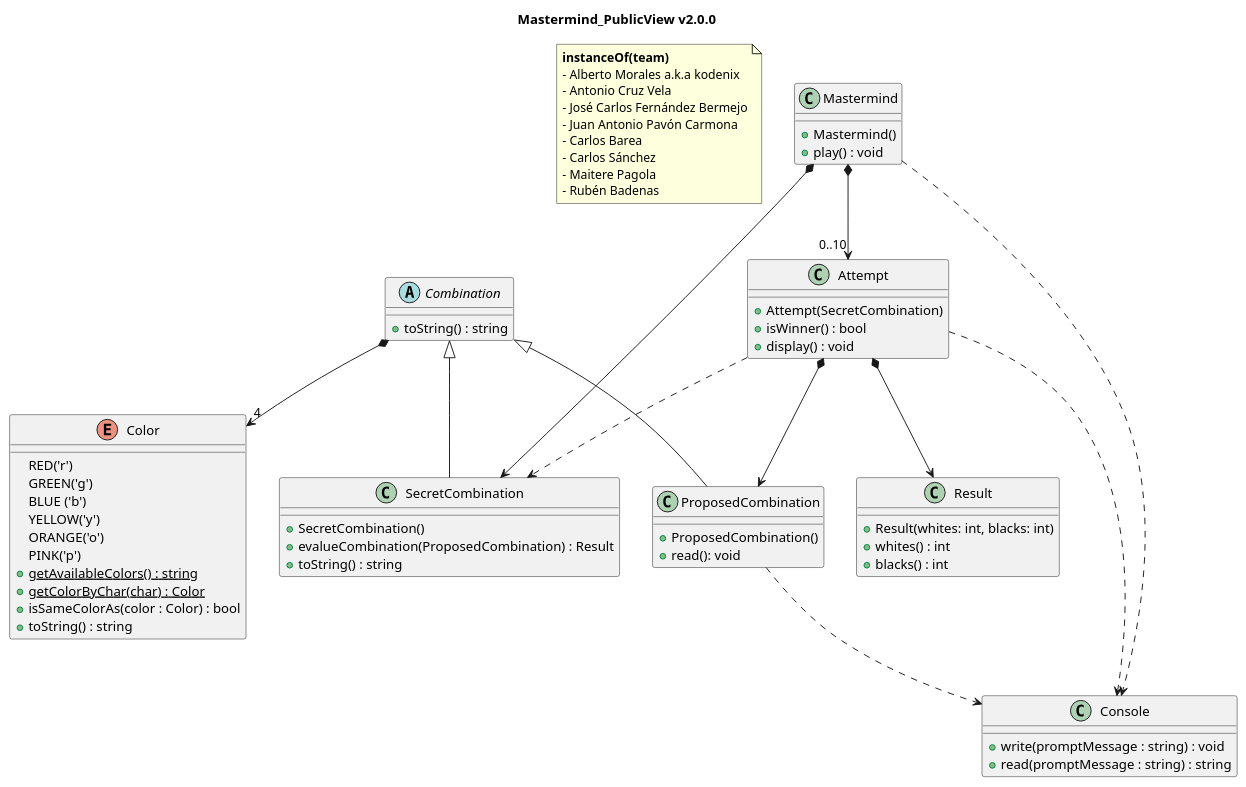
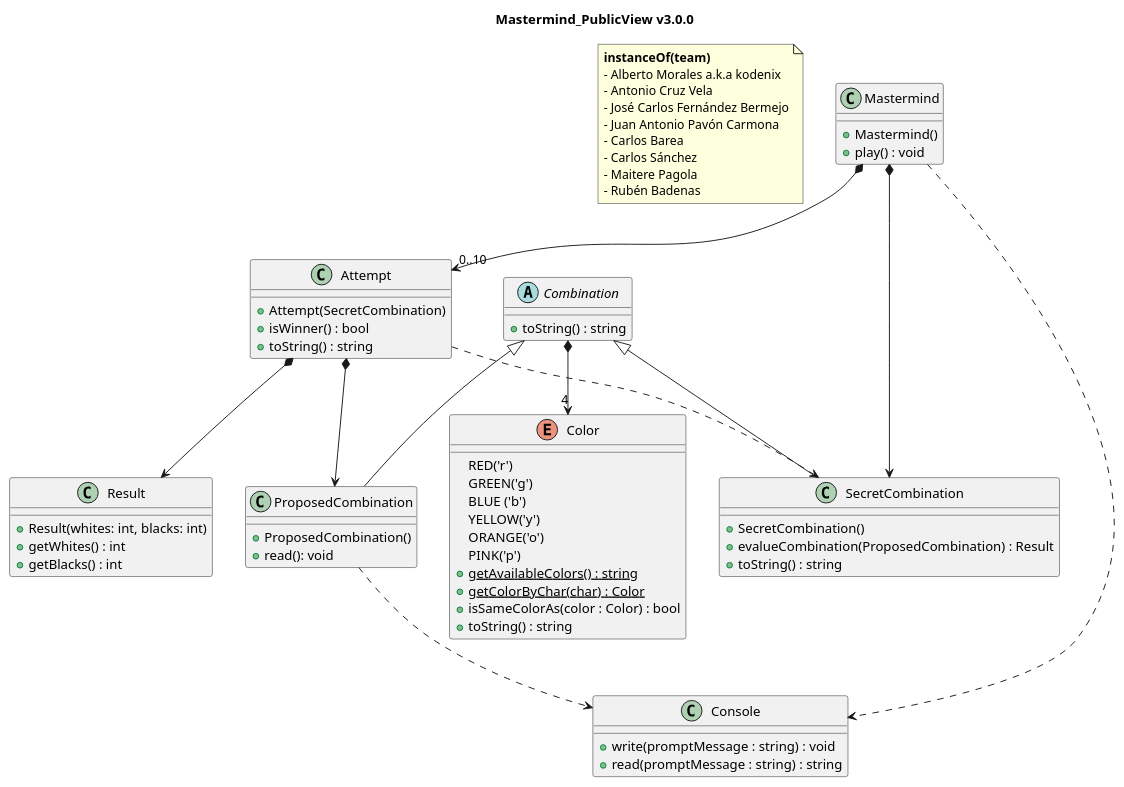
Before and after one commit to InstanceOfTeam/doo-task01-mastermind: the diagram in mastermind.puml, drawn with PlantUML. The commit also changed 1 other file, not shown here.

Commit message:
Remove dependencie between Attempt and Console.
remove display method from Attempt and added toString method

```diff
--- a/mastermind.puml
+++ b/mastermind.puml
@@ -1,86 +1,85 @@
-@startuml Mastermind_PublicView_v2_0_0
+@startuml Mastermind_PublicView_v3_0_0
 
-title Mastermind_PublicView v2.0.0
+title Mastermind_PublicView v3.0.0
 
 note as N1
   <b>instanceOf(team)</b>
   - Alberto Morales a.k.a kodenix
   - Antonio Cruz Vela
   - José Carlos Fernández Bermejo
   - Juan Antonio Pavón Carmona
   - Carlos Barea
   - Carlos Sánchez
   - Maitere Pagola
   - Rubén Badenas
 end note
 
 
 class Mastermind {
     +Mastermind()
     +play() : void
 }
 
 class Attempt{
     +Attempt(SecretCombination)
     +isWinner() : bool
-    +display() : void
+    +toString() : string
 }
 
 
 class Result{
     +Result(whites: int, blacks: int)
-    +whites() : int
-    +blacks() : int
+    +getWhites() : int
+    +getBlacks() : int
 }
 
 enum Color{
     RED('r')
     GREEN('g')
     BLUE ('b')
     YELLOW('y')
     ORANGE('o')
     PINK('p')
     +{static} getAvailableColors() : string
     +{static} getColorByChar(char) : Color
     +isSameColorAs(color : Color) : bool
     +toString() : string
 }
 
 abstract class Combination{
     +toString() : string
 }
 
 class SecretCombination{
     +SecretCombination()
     +evalueCombination(ProposedCombination) : Result
     +toString() : string
 }
 
 class ProposedCombination{
     +ProposedCombination()
     +read(): void
 }
 
 class Console{
     +write(promptMessage : string) : void
     +read(promptMessage : string) : string
 }
 
 
 
 Mastermind *--> SecretCombination
 Mastermind *--> "0..10" Attempt
 
 Combination ^-- SecretCombination
 Combination ^-- ProposedCombination
 Combination *--> "4" Color
 
 Attempt *--> ProposedCombination
 Attempt *--> Result
 Attempt ..> SecretCombination
 
 Mastermind ..> Console
-Attempt ..> Console
 ProposedCombination ..> Console
 
 @enduml
```
